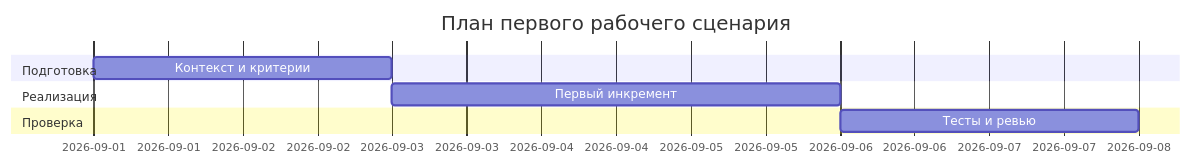
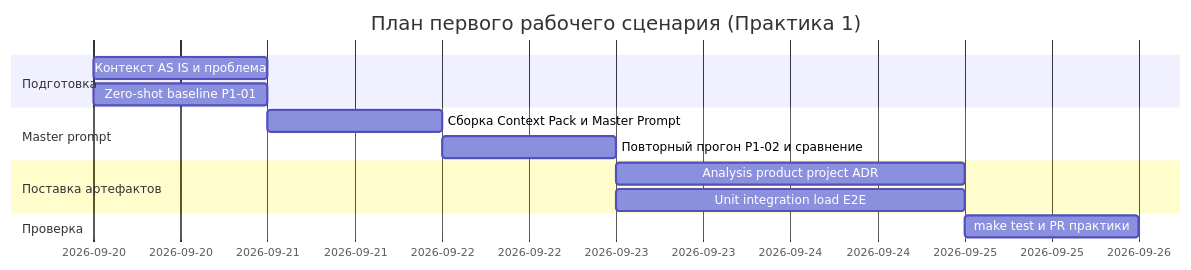
The diagram in practices/practice_01/project_management.md (ai-course-avito/ITMOv2), drawn with Mermaid before and after one commit. The commit also changed other lines of this file and 10 other files, not shown here.

````diff
--- a/practices/practice_01/project_management.md
+++ b/practices/practice_01/project_management.md
@@ -15,11 +15,16 @@
 ```mermaid
 gantt
-    title План первого рабочего сценария
+    title План первого рабочего сценария (Практика 1)
     dateFormat  YYYY-MM-DD
     section Подготовка
-    Контекст и критерии :a1, 2026-09-01, 2d
-    section Реализация
-    Первый инкремент :after a1, 3d
+    Контекст AS IS и проблема           :a1, 2026-09-20, 1d
+    Zero-shot baseline P1-01            :a2, 2026-09-20, 1d
+    section Master prompt
+    Сборка Context Pack и Master Prompt :b1, after a2, 1d
+    Повторный прогон P1-02 и сравнение  :b2, after b1, 1d
+    section Поставка артефактов
+    Analysis product project ADR        :c1, after b2, 2d
+    Unit integration load E2E           :c2, after b2, 2d
     section Проверка
-    Тесты и ревью :2d
+    make test и PR практики             :d1, after c2, 1d
 ```
````
